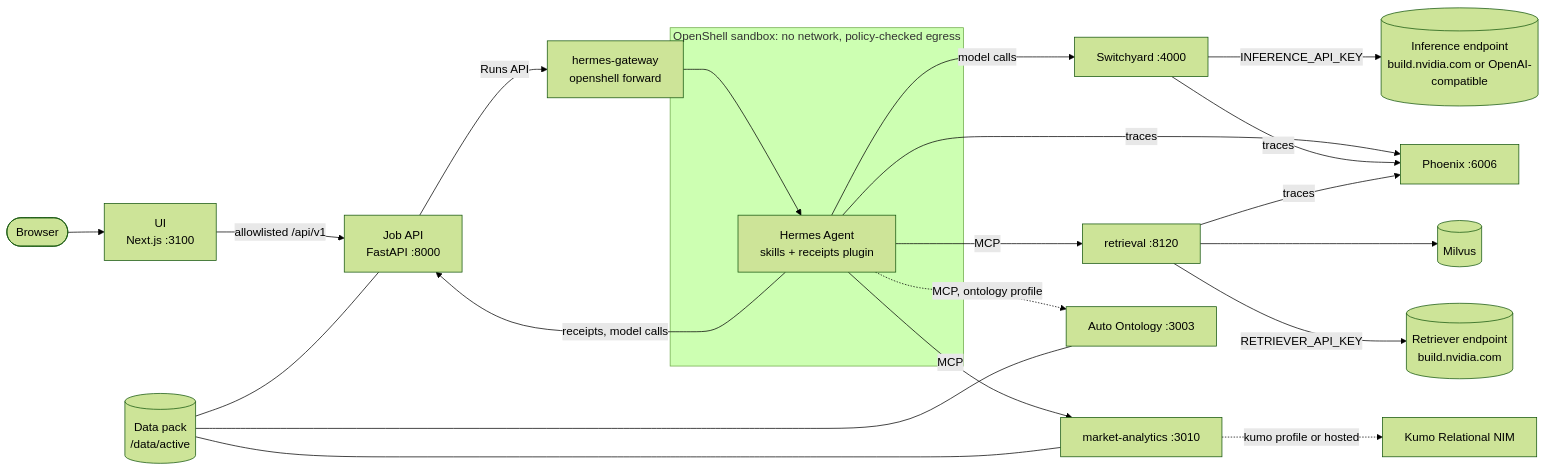
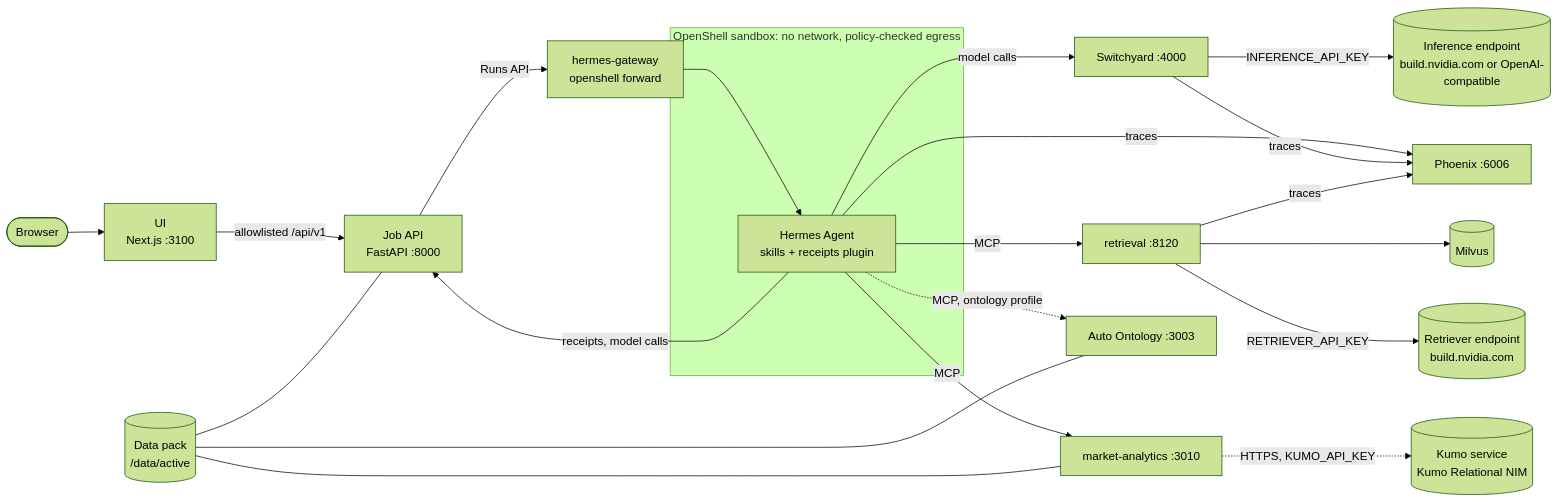
The first of 2 diagrams in docs/architecture.md (pastorsj/market-analysis-claw-demo), drawn with Mermaid (forest theme) before and after one commit. The commit also changed other lines of this file and 33 other files, not shown here.

````diff
--- a/docs/architecture.md
+++ b/docs/architecture.md
@@ -16,25 +16,25 @@
 ```mermaid
 flowchart LR
     browser(["Browser"]) --> ui["UI<br/>Next.js :3100"]
     ui -->|"allowlisted /api/v1"| api["Job API<br/>FastAPI :8000"]
     api -->|"Runs API"| fwd["hermes-gateway<br/>openshell forward"]
     subgraph sandbox ["OpenShell sandbox: no network, policy-checked egress"]
         hermes["Hermes Agent<br/>skills + receipts plugin"]
     end
     fwd --> hermes
     hermes -->|"model calls"| switchyard["Switchyard :4000"]
     switchyard -->|"INFERENCE_API_KEY"| inference[("Inference endpoint<br/>build.nvidia.com or OpenAI-compatible")]
     hermes -->|"MCP"| retrieval["retrieval :8120"]
     hermes -->|"MCP"| analytics["market-analytics :3010"]
     hermes -.->|"MCP, ontology profile"| ontology["Auto Ontology :3003"]
     retrieval --> milvus[("Milvus")]
     retrieval -->|"RETRIEVER_API_KEY"| retriever[("Retriever endpoint<br/>build.nvidia.com")]
-    analytics -.->|"kumo profile or hosted"| kumo["Kumo Relational NIM"]
+    analytics -.->|"HTTPS, KUMO_API_KEY"| kumo[("Kumo service<br/>Kumo Relational NIM")]
     hermes -->|"receipts, model calls"| api
     hermes -->|"traces"| phoenix["Phoenix :6006"]
     switchyard -->|"traces"| phoenix
     retrieval -->|"traces"| phoenix
     pack[("Data pack<br/>/data/active")] --- api
     pack --- analytics
     pack --- ontology
 ```
````
